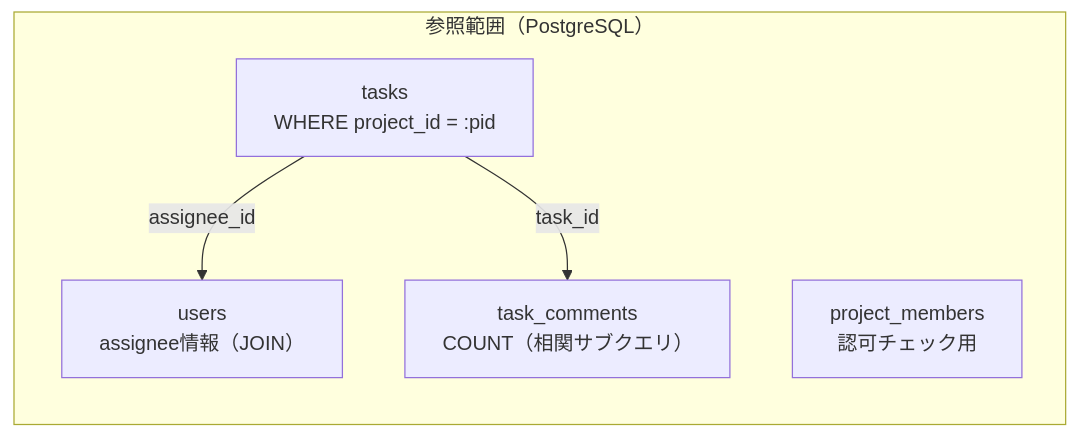
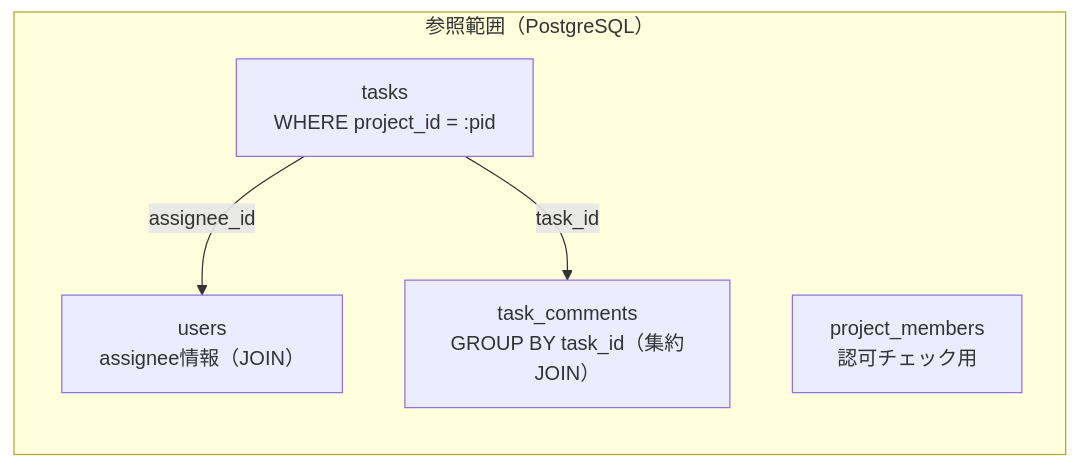
The fourth of 4 diagrams in docs/detailed_design/api/tasks/01_get_project_tasks.md (oikawa-d/task_management), drawn with Mermaid before and after one commit. The commit also changed other lines of this file and 75 other files, not shown here.

````diff
--- a/docs/detailed_design/api/tasks/01_get_project_tasks.md
+++ b/docs/detailed_design/api/tasks/01_get_project_tasks.md
@@ -225,11 +225,11 @@
 ```mermaid
 flowchart LR
     subgraph read["参照範囲（PostgreSQL）"]
         T["tasks<br/>WHERE project_id = :pid"]
         U["users<br/>assignee情報（JOIN）"]
-        C["task_comments<br/>COUNT（相関サブクエリ）"]
+        C["task_comments<br/>GROUP BY task_id（集約JOIN）"]
         PM["project_members<br/>認可チェック用"]
     end
     T -->|"assignee_id"| U
     T -->|"task_id"| C
 ```
````
